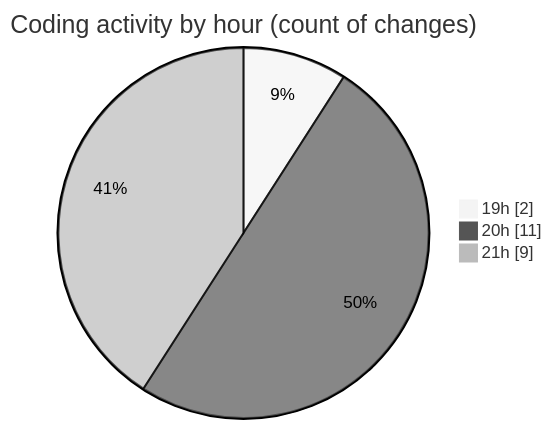
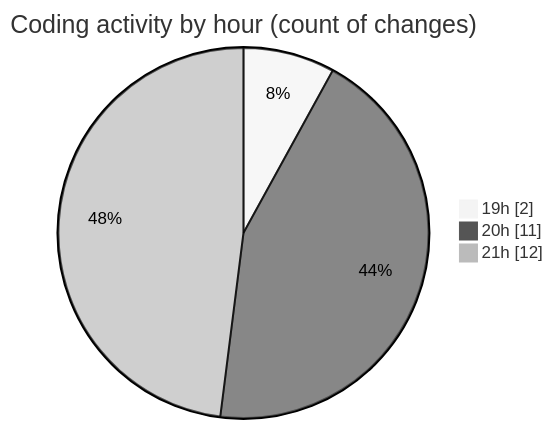
One commit to Elitesun/code-tracking changed the second of 2 diagrams in 2025-01-29/react/README.md. Above: the diagram before and after it, drawn with Mermaid (neutral theme). The commit also changed other lines of this file and 1 other file, not shown here.

````diff
--- a/2025-01-29/react/README.md
+++ b/2025-01-29/react/README.md
@@ -33,7 +33,7 @@
 ```mermaid
 pie showData
 title Coding activity by hour (count of changes)
 "19h" : 2
 "20h" : 11
-"21h" : 9
+"21h" : 12
 ```
````
